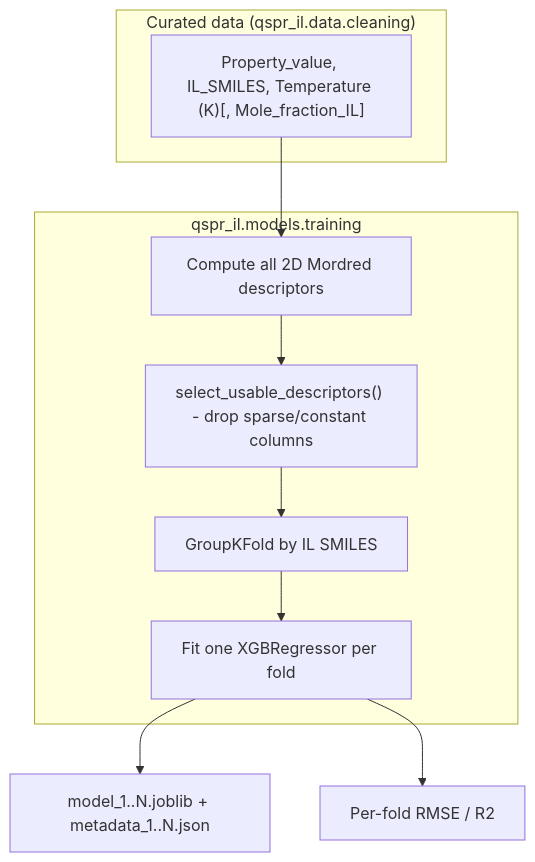
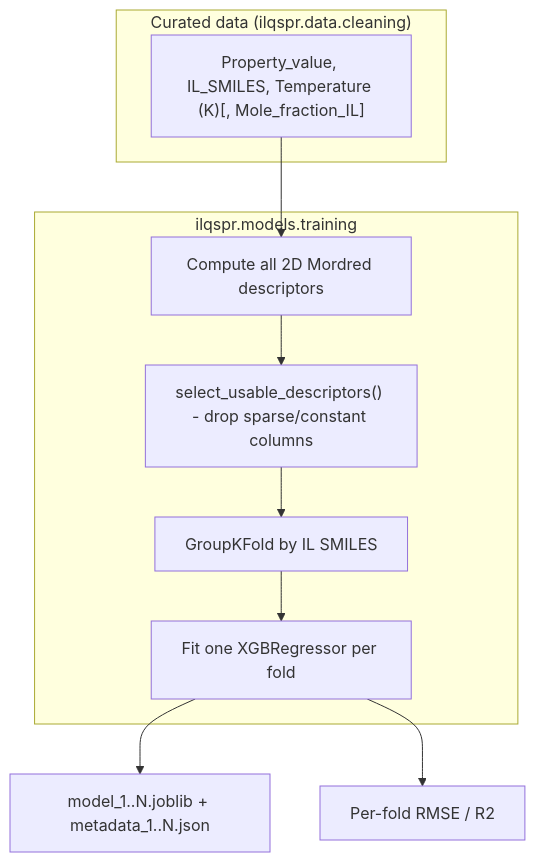
One commit to kammmran/qspr-il-density-refractive-index changed the diagram in docs/training.rst. Above: the diagram before and after it, drawn with Mermaid. The commit also changed other lines of this file and 25 other files, not shown here.

Commit message:
qspr_il replaced with ilqspr

```diff
--- a/docs/training.rst
+++ b/docs/training.rst
@@ -16,17 +16,17 @@
 .. mermaid::
 
    graph TD
-       subgraph "Curated data (qspr_il.data.cleaning)"
+       subgraph "Curated data (ilqspr.data.cleaning)"
            DF["Property_value, IL_SMILES, Temperature (K)[, Mole_fraction_IL]"]
        end
 
-       subgraph "qspr_il.models.training"
+       subgraph "ilqspr.models.training"
            DESC["Compute all 2D Mordred descriptors"]
            SELECT["select_usable_descriptors() - drop sparse/constant columns"]
            SPLIT["GroupKFold by IL SMILES"]
            FIT["Fit one XGBRegressor per fold"]
        end
 
        DF --> DESC --> SELECT --> SPLIT --> FIT
        FIT --> OUT["model_1..N.joblib + metadata_1..N.json"]
        FIT --> METRICS["Per-fold RMSE / R2"]
```
